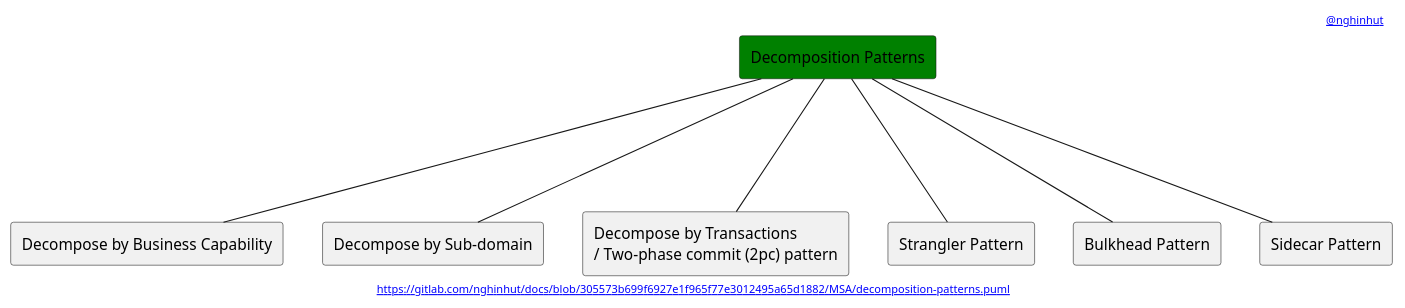
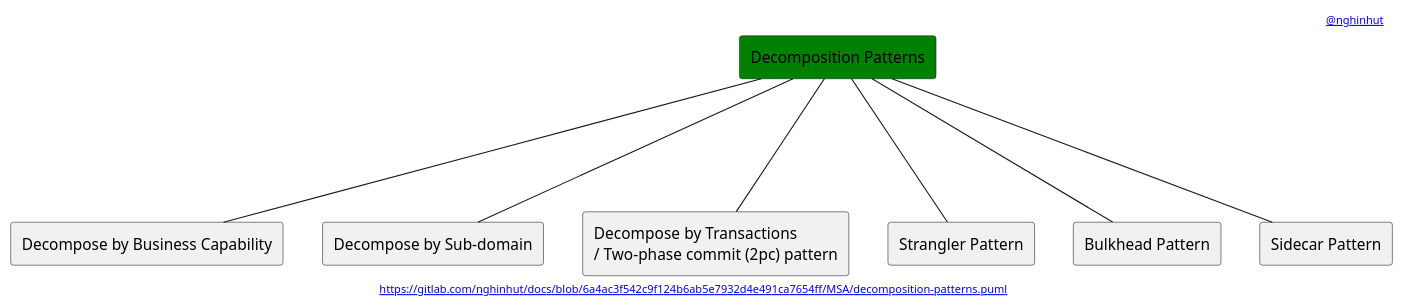
The diagram in MSA/decomposition-patterns.puml (nghinhut/docs), drawn with PlantUML before and after one commit. The commit also changed 18 other files, not shown here.

Commit message:
Update diagrams

```diff
--- a/MSA/decomposition-patterns.puml
+++ b/MSA/decomposition-patterns.puml
@@ -1,22 +1,22 @@
 @startuml
 '-----START auto generated metadata please keep comment here to allow auto update-----
 '-----DON'T EDIT THIS SECTION, INSTEAD RE-RUN prebuild.sh TO UPDATE-----
-header [[www.nghinhut.dev?from=http%5C%3A%5C%2F%5C%2Fwww%5C.plantuml%5C.com%5C%2Fplantuml%5C%2Fproxy%3Ffmt%3Dsvg%5C%26src%3Dhttps%5C%3A%5C%2F%5C%2Fgitlab%5C.com%5C%2Fnghinhut%5C%2Fdocs%5C%2Fraw%5C%2F305573b699f6927e1f965f77e3012495a65d1882%5C%2FMSA%5C%2Fdecomposition-patterns%5C.puml%0A @nghinhut]]
-footer [[http://www.plantuml.com/plantuml/proxy?fmt=svg&src=https://gitlab.com/nghinhut/docs/raw/305573b699f6927e1f965f77e3012495a65d1882/MSA/decomposition-patterns.puml https://gitlab.com/nghinhut/docs/blob/305573b699f6927e1f965f77e3012495a65d1882/MSA/decomposition-patterns.puml]]
+header [[www.nghinhut.dev?from=https%5C%3A%5C%2F%5C%2Fgitlab%5C.com%5C%2Fnghinhut%5C%2Fdocs%5C%2Fblob%5C%2F6a4ac3f542c9f124b6ab5e7932d4e491ca7654ff%5C%2FMSA%5C%2Fdecomposition-patterns%5C.puml%0A @nghinhut]]
+footer [[http://www.plantuml.com/plantuml/proxy?fmt=svg&src=https://gitlab.com/nghinhut/docs/raw/6a4ac3f542c9f124b6ab5e7932d4e491ca7654ff/MSA/decomposition-patterns.puml https://gitlab.com/nghinhut/docs/blob/6a4ac3f542c9f124b6ab5e7932d4e491ca7654ff/MSA/decomposition-patterns.puml]]
 '-----END auto generated metadata please keep comment here to allow auto update-----
 
 rectangle "Decomposition Patterns" as Decomposition #green
 
 rectangle "Decompose by Business Capability" as DecompositionP1
 rectangle "Decompose by Sub-domain" as DecompositionP2
 rectangle "Decompose by Transactions\n/ Two-phase commit (2pc) pattern" as DecompositionP3
 rectangle "Strangler Pattern" as DecompositionP4
 rectangle "Bulkhead Pattern" as DecompositionP5
 rectangle "Sidecar Pattern" as DecompositionP6
 Decomposition --- DecompositionP1
 Decomposition --- DecompositionP2
 Decomposition --- DecompositionP3
 Decomposition --- DecompositionP4
 Decomposition --- DecompositionP5
 Decomposition --- DecompositionP6
 @enduml
```
